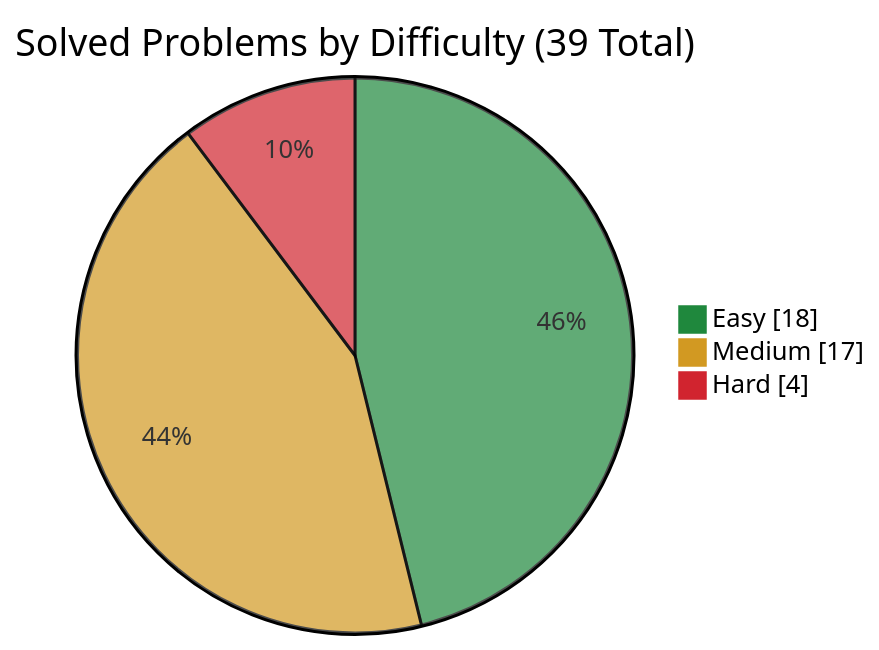
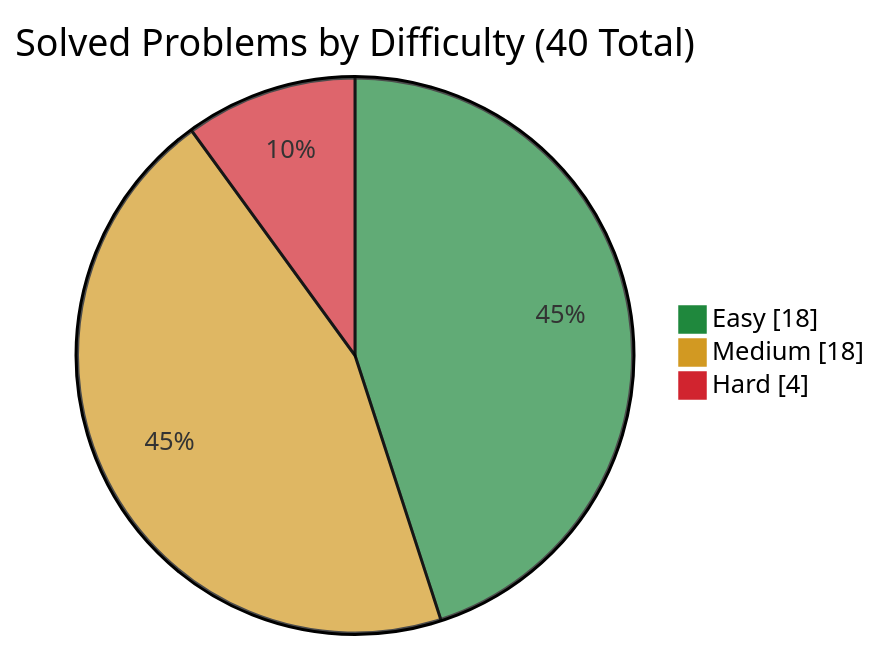
The first of 3 diagrams in README.md (simonesiega/leetcode-solutions), drawn with Mermaid before and after one commit. The commit also changed other lines of this file and 11 other files, not shown here.

````diff
--- a/README.md
+++ b/README.md
@@ -73,8 +73,8 @@
 ```mermaid
 %%{init: {"themeVariables": {"pie1": "#1f883d", "pie2": "#d29922", "pie3": "#d1242f"}}}%%
 pie showData
-    title Solved Problems by Difficulty (39 Total)
+    title Solved Problems by Difficulty (40 Total)
     "Easy" : 18
-    "Medium" : 17
+    "Medium" : 18
     "Hard" : 4
 ```
````
